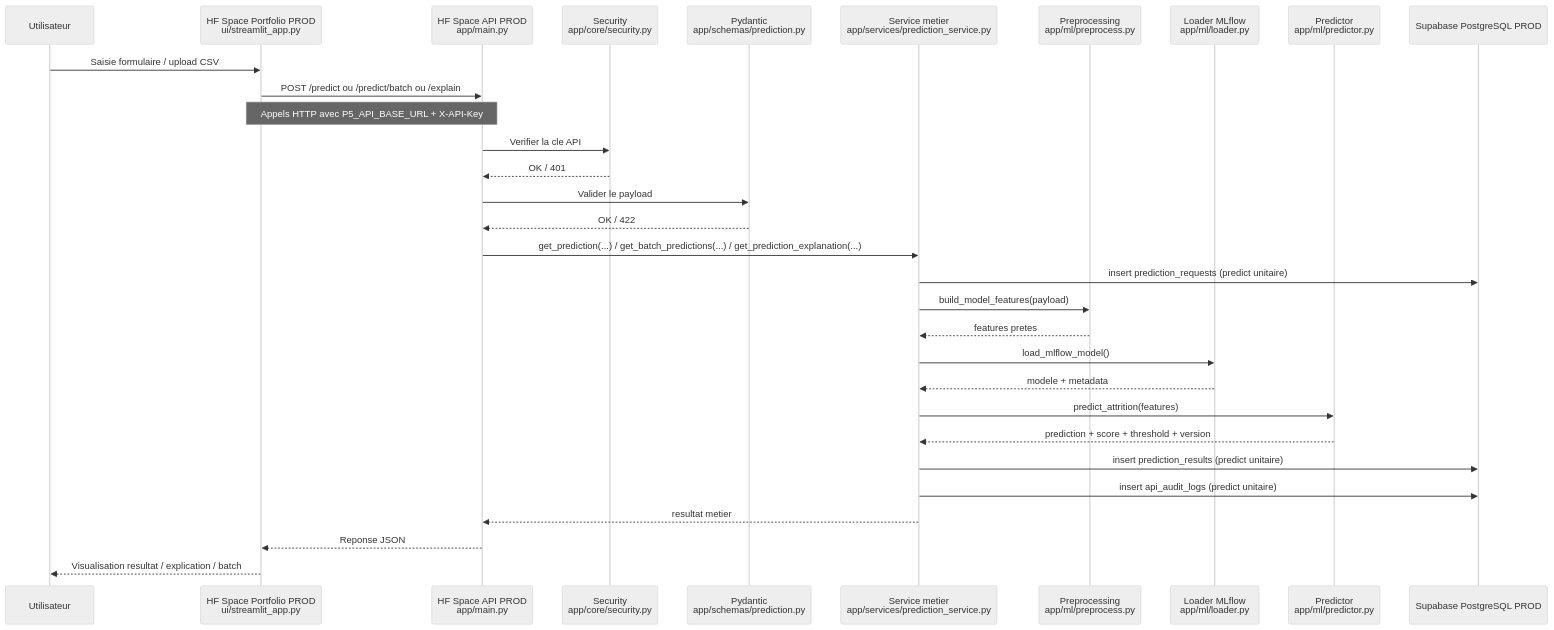
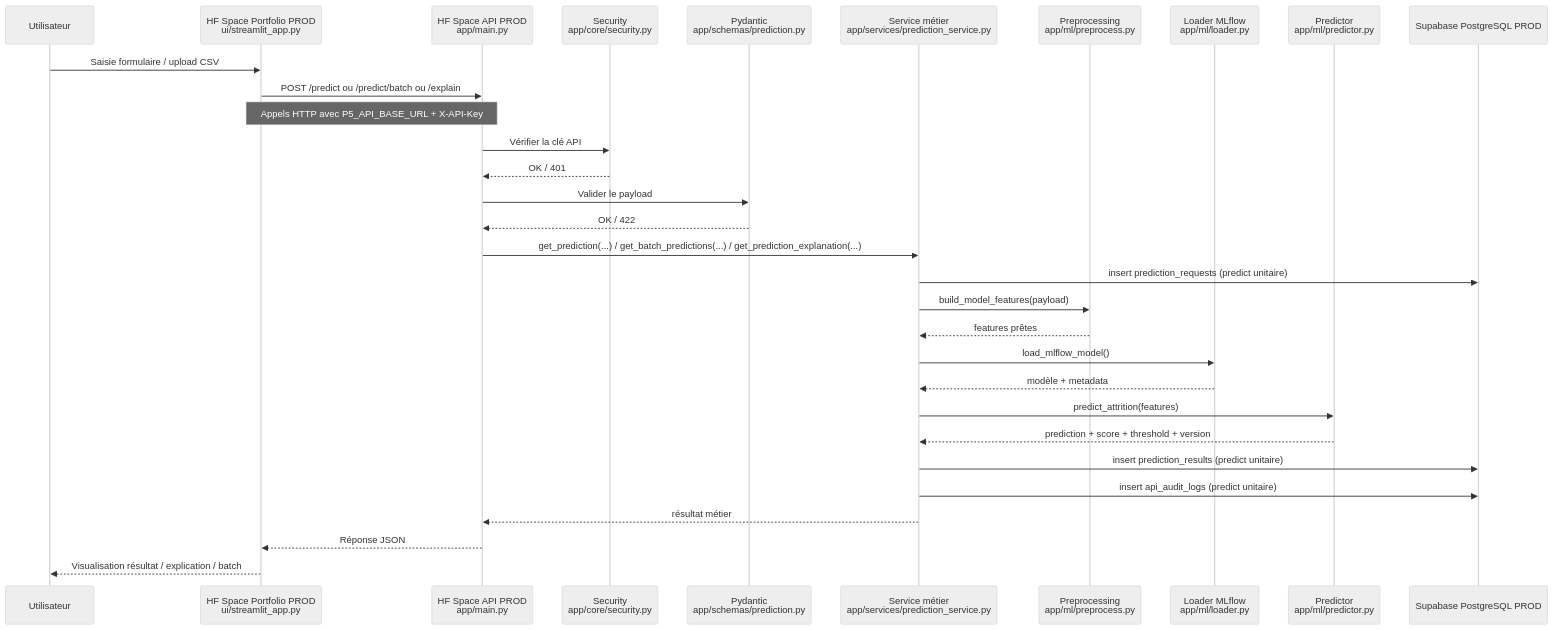
One commit to rayakevin/p5-employee-attrition-api changed the second of 2 diagrams in docs/api/README.md. Above: the diagram before and after it, drawn with Mermaid (neutral theme). The commit also changed other lines of this file and 6 other files, not shown here.

````diff
--- a/docs/api/README.md
+++ b/docs/api/README.md
@@ -149,34 +149,34 @@
 ```mermaid
 sequenceDiagram
     participant U as Utilisateur
     participant PF as HF Space Portfolio PROD<br/>ui/streamlit_app.py
     participant API as HF Space API PROD<br/>app/main.py
     participant S as Security<br/>app/core/security.py
     participant P as Pydantic<br/>app/schemas/prediction.py
-    participant B as Service metier<br/>app/services/prediction_service.py
+    participant B as Service métier<br/>app/services/prediction_service.py
     participant F as Preprocessing<br/>app/ml/preprocess.py
     participant L as Loader MLflow<br/>app/ml/loader.py
     participant M as Predictor<br/>app/ml/predictor.py
     participant DB as Supabase PostgreSQL PROD
 
     U->>PF: Saisie formulaire / upload CSV
     PF->>API: POST /predict ou /predict/batch ou /explain
     Note over PF,API: Appels HTTP avec P5_API_BASE_URL + X-API-Key
-    API->>S: Verifier la cle API
+    API->>S: Vérifier la clé API
     S-->>API: OK / 401
     API->>P: Valider le payload
     P-->>API: OK / 422
     API->>B: get_prediction(...) / get_batch_predictions(...) / get_prediction_explanation(...)
     B->>DB: insert prediction_requests (predict unitaire)
     B->>F: build_model_features(payload)
-    F-->>B: features pretes
+    F-->>B: features prêtes
     B->>L: load_mlflow_model()
-    L-->>B: modele + metadata
+    L-->>B: modèle + metadata
     B->>M: predict_attrition(features)
     M-->>B: prediction + score + threshold + version
     B->>DB: insert prediction_results (predict unitaire)
     B->>DB: insert api_audit_logs (predict unitaire)
-    B-->>API: resultat metier
-    API-->>PF: Reponse JSON
-    PF-->>U: Visualisation resultat / explication / batch
+    B-->>API: résultat métier
+    API-->>PF: Réponse JSON
+    PF-->>U: Visualisation résultat / explication / batch
 ```
````
